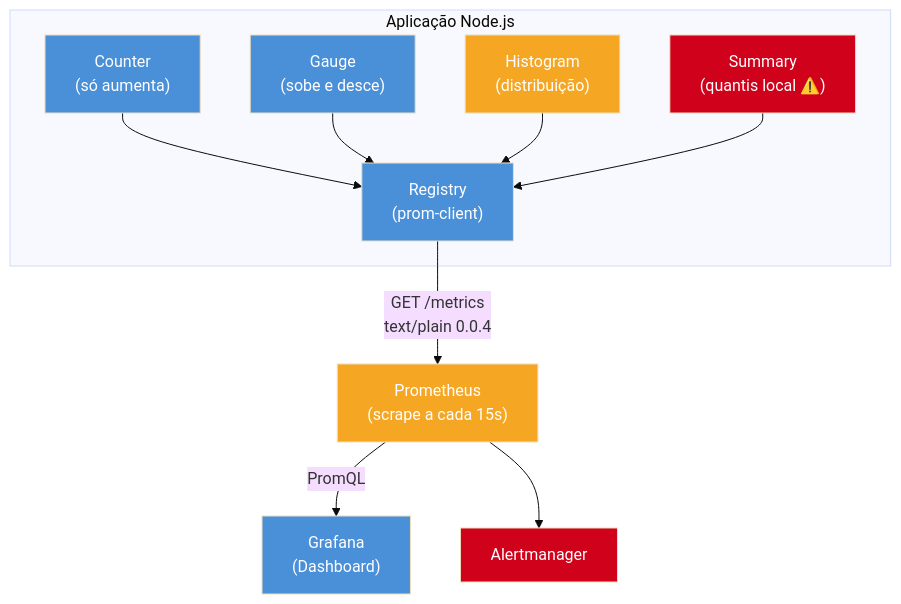
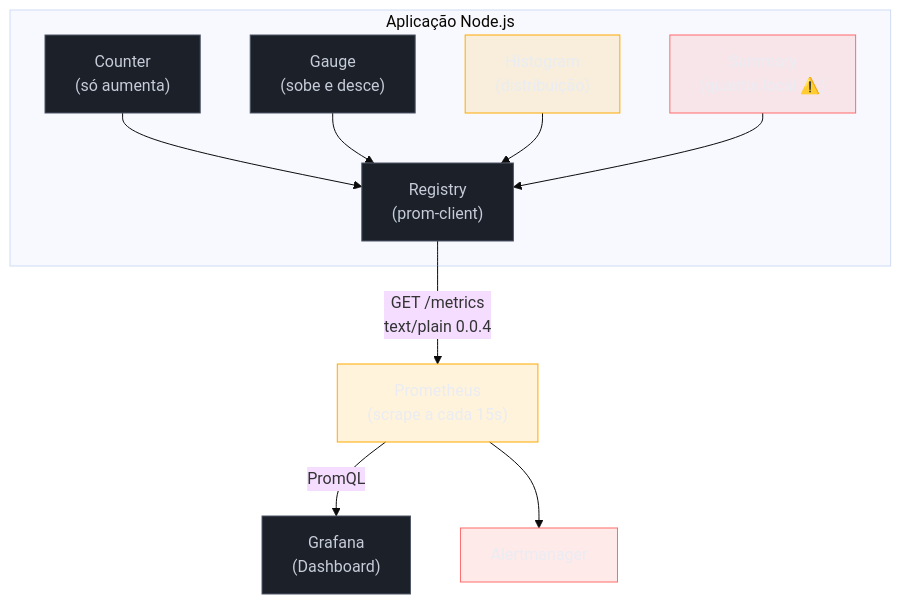
The diagram in 03-Dominios/Tecnologia/Node/Observability e produção/04 - Métricas com prom-client.md (josenaldo/codex-technomanticus), drawn with Mermaid (base theme) before and after one commit. The commit also changed 1181 other files, not shown here.

First line of the commit message:
fix(diagramas): paleta do sistema no lugar de cor cravada no markdown

````diff
--- a/03-Dominios/Tecnologia/Node/Observability e produção/04 - Métricas com prom-client.md
+++ b/03-Dominios/Tecnologia/Node/Observability e produção/04 - Métricas com prom-client.md
@@ -33,22 +33,25 @@
 ```mermaid
 flowchart TB
+    classDef neutro fill:#1B2029,stroke:#4E5666,color:#C6CCD8
+    classDef destaque fill:#FFAA0024,stroke:#FFAA00,color:#E9ECF2
+    classDef falha fill:#FF6B6B24,stroke:#FF6B6B,color:#E9ECF2
     subgraph app["Aplicação Node.js"]
         C["Counter\n(só aumenta)"]
         G["Gauge\n(sobe e desce)"]
         H["Histogram\n(distribuição)"]
         S["Summary\n(quantis local ⚠️)"]
         C & G & H & S --> R["Registry\n(prom-client)"]
     end
     R -->|"GET /metrics\ntext/plain 0.0.4"| P["Prometheus\n(scrape a cada 15s)"]
     P -->|"PromQL"| GF["Grafana\n(Dashboard)"]
     P --> AL["Alertmanager"]
 
-    style R fill:#4A90D9,color:#fff
-    style C fill:#4A90D9,color:#fff
-    style G fill:#4A90D9,color:#fff
-    style H fill:#F5A623,color:#fff
-    style S fill:#D0021B,color:#fff
-    style P fill:#F5A623,color:#fff
-    style GF fill:#4A90D9,color:#fff
-    style AL fill:#D0021B,color:#fff
+    class R neutro
+    class C neutro
+    class G neutro
+    class H destaque
+    class S falha
+    class P destaque
+    class GF neutro
+    class AL falha
 ```
````
